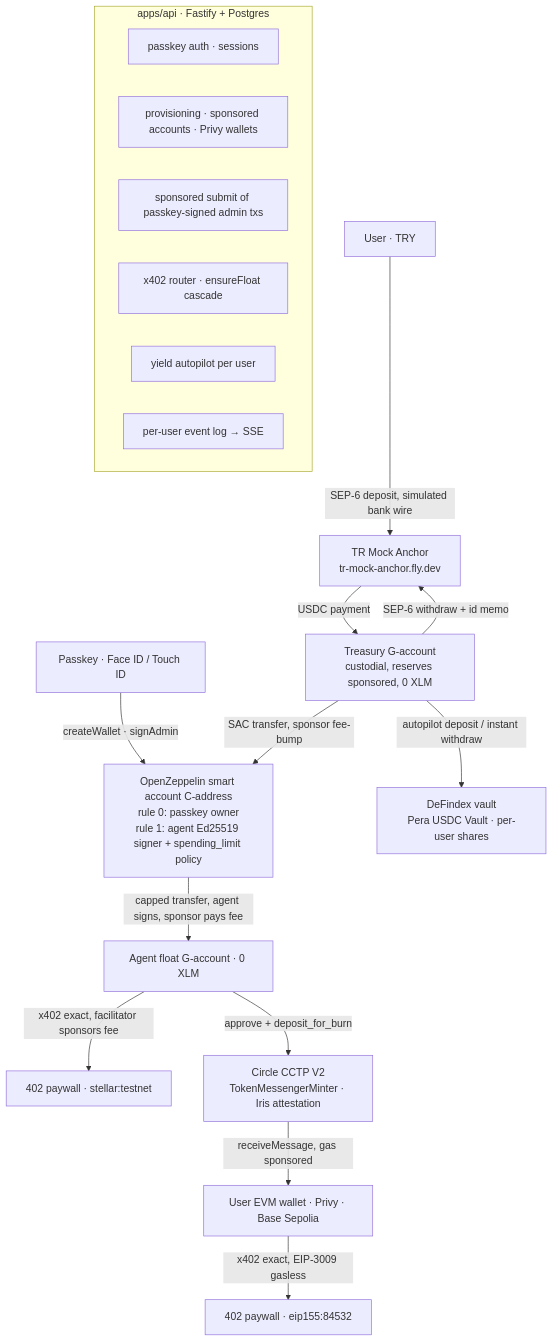
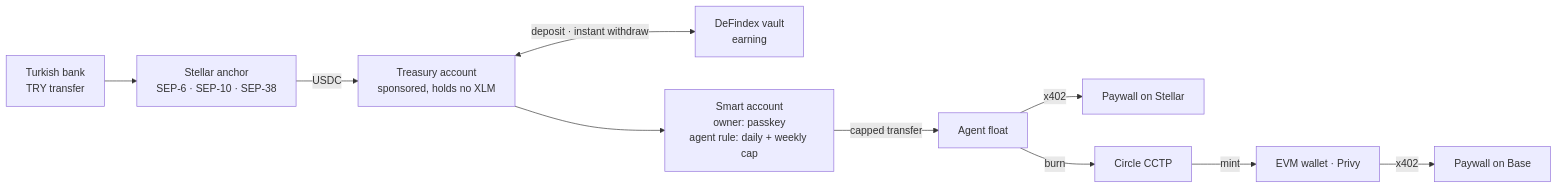
The first of 2 diagrams in README.md (feyyazcigim/pera-wallet), drawn with Mermaid before and after one commit. The commit also changed other lines of this file and 3 other files, not shown here.

Commit message:
docs: new README with banner, flow and architecture diagrams; design notes and API reference move to docs/

````diff
--- a/README.md
+++ b/README.md
@@ -59,22 +38,12 @@
 ```mermaid
-flowchart TB
-  PK[Passkey · Face ID / Touch ID] -->|createWallet · signAdmin| S
-  U[User · TRY] -->|SEP-6 deposit, simulated bank wire| A[TR Mock Anchor<br/>tr-mock-anchor.fly.dev]
-  A -->|USDC payment| T[Treasury G-account<br/>custodial, reserves sponsored, 0 XLM]
-  T -->|autopilot deposit / instant withdraw| V[DeFindex vault<br/>Pera USDC Vault · per-user shares]
-  T -->|SAC transfer, sponsor fee-bump| S[OpenZeppelin smart account C-address<br/>rule 0: passkey owner<br/>rule 1: agent Ed25519 signer + spending_limit policy]
-  S -->|capped transfer, agent signs, sponsor pays fee| F[Agent float G-account · 0 XLM]
-  F -->|x402 exact, facilitator sponsors fee| P1[402 paywall · stellar:testnet]
-  F -->|approve + deposit_for_burn| C[Circle CCTP V2<br/>TokenMessengerMinter · Iris attestation]
-  C -->|receiveMessage, gas sponsored| E[User EVM wallet · Privy · Base Sepolia]
-  E -->|x402 exact, EIP-3009 gasless| P2[402 paywall · eip155:84532]
-  T -->|SEP-6 withdraw + id memo| A
-  subgraph backend [apps/api · Fastify + Postgres]
-    AU[passkey auth · sessions]
-    PR[provisioning · sponsored accounts · Privy wallets]
-    SU[sponsored submit of passkey-signed admin txs]
-    R[x402 router · ensureFloat cascade]
-    Y[yield autopilot per user]
-    EV[per-user event log → SSE]
-  end
+flowchart LR
+  Bank["Turkish bank<br/>TRY transfer"] --> Anchor["Stellar anchor<br/>SEP-6 · SEP-10 · SEP-38"]
+  Anchor -->|USDC| Treasury["Treasury account<br/>sponsored, holds no XLM"]
+  Treasury <-->|deposit · instant withdraw| Vault["DeFindex vault<br/>earning"]
+  Treasury --> Smart["Smart account<br/>owner: passkey<br/>agent rule: daily + weekly cap"]
+  Smart -->|capped transfer| Float["Agent float"]
+  Float -->|x402| StellarPay["Paywall on Stellar"]
+  Float -->|burn| CCTP["Circle CCTP"]
+  CCTP -->|mint| Evm["EVM wallet · Privy"]
+  Evm -->|x402| BasePay["Paywall on Base"]
 ```
````
